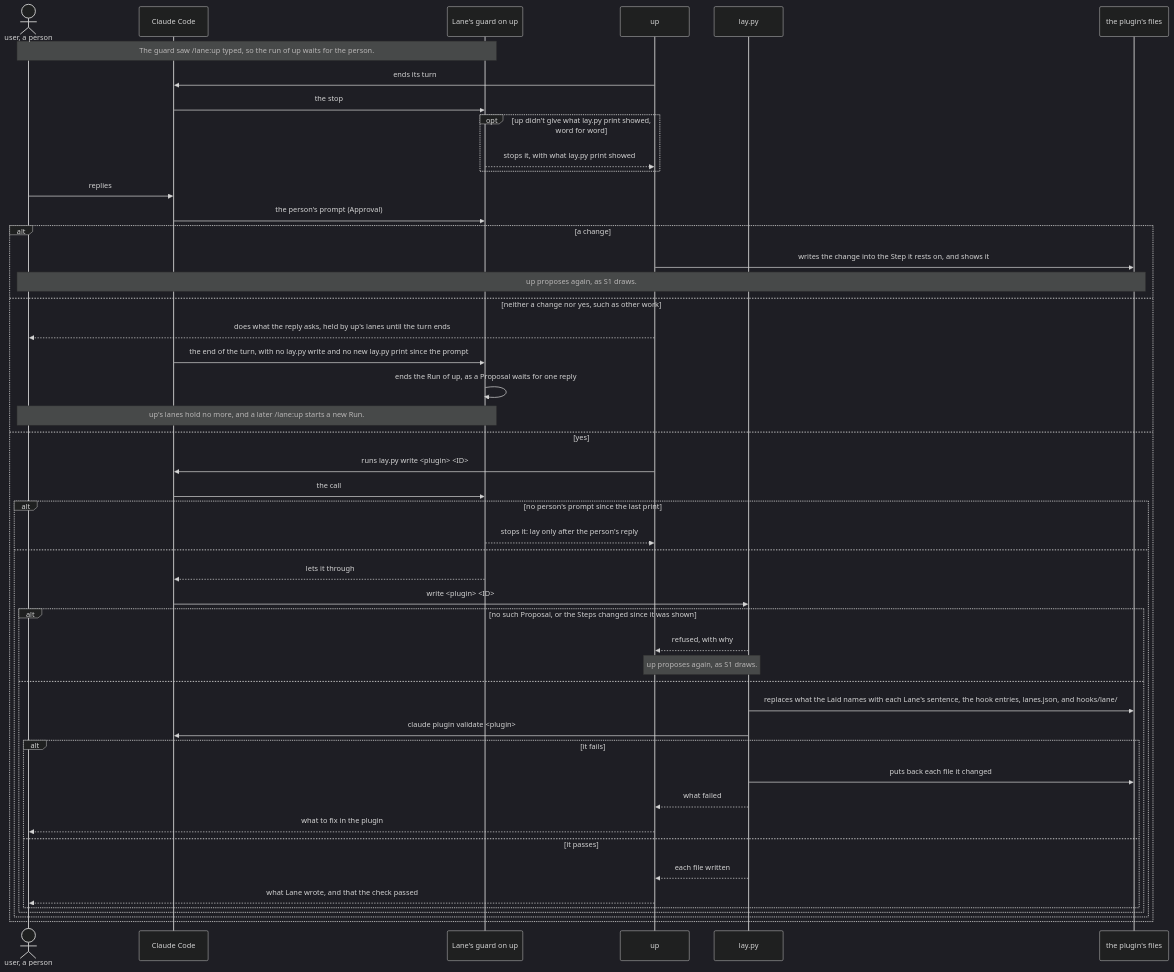
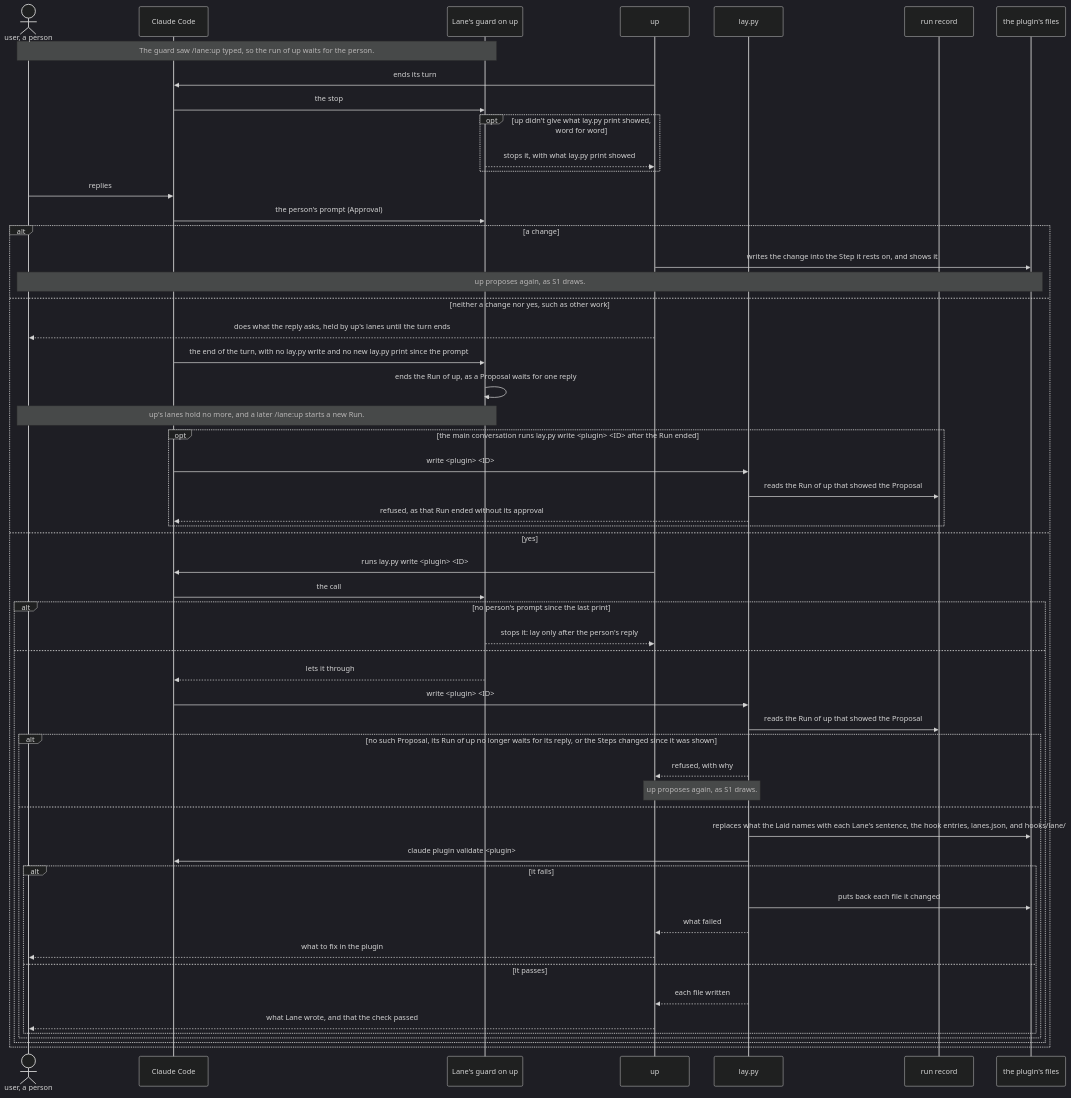
One commit to lovaizu/ccpm changed the second of 7 diagrams in dev/lane/architecture.md. Above: the diagram before and after it, drawn with Mermaid (dark theme). The commit also changed other lines of this file and 8 other files, not shown here.

First line of the commit message:
Lane: a Proposal that a person's Run of up showed can't be laid once that Run ends without their approval, as lay.py reads the Run before it lays

````diff
--- a/dev/lane/architecture.md
+++ b/dev/lane/architecture.md
@@ -337,50 +339,57 @@
 ```mermaid
 sequenceDiagram
   actor U as user, a person
   participant CC as Claude Code
   participant G as Lane's guard on up
   participant UP as up
   participant L as lay.py
+  participant RS as run record
   participant F as the plugin's files
   Note over U,G: The guard saw /lane:up typed, so the run of up waits for the person.
   UP->>CC: ends its turn
   CC->>G: the stop
   opt up didn't give what lay.py print showed, word for word
     G-->>UP: stops it, with what lay.py print showed
   end
   U->>CC: replies
   CC->>G: the person's prompt (Approval)
   alt a change
     UP->>F: writes the change into the Step it rests on, and shows it
     Note over U,F: up proposes again, as S1 draws.
   else neither a change nor yes, such as other work
     UP-->>U: does what the reply asks, held by up's lanes until the turn ends
     CC->>G: the end of the turn, with no lay.py write and no new lay.py print since the prompt
     G->>G: ends the Run of up, as a Proposal waits for one reply
     Note over U,G: up's lanes hold no more, and a later /lane:up starts a new Run.
+    opt the main conversation runs lay.py write <plugin> <ID> after the Run ended
+      CC->>L: write <plugin> <ID>
+      L->>RS: reads the Run of up that showed the Proposal
+      L-->>CC: refused, as that Run ended without its approval
+    end
   else yes
     UP->>CC: runs lay.py write <plugin> <ID>
     CC->>G: the call
     alt no person's prompt since the last print
       G-->>UP: stops it: lay only after the person's reply
     else
       G-->>CC: lets it through
       CC->>L: write <plugin> <ID>
-      alt no such Proposal, or the Steps changed since it was shown
+      L->>RS: reads the Run of up that showed the Proposal
+      alt no such Proposal, its Run of up no longer waits for its reply, or the Steps changed since it was shown
         L-->>UP: refused, with why
         Note over UP,L: up proposes again, as S1 draws.
       else
         L->>F: replaces what the Laid names with each Lane's sentence, the hook entries, lanes.json, and hooks/lane/
         L->>CC: claude plugin validate <plugin>
         alt it fails
           L->>F: puts back each file it changed
           L-->>UP: what failed
           UP-->>U: what to fix in the plugin
         else it passes
           L-->>UP: each file written
           UP-->>U: what Lane wrote, and that the check passed
         end
       end
     end
   end
 ```
````
